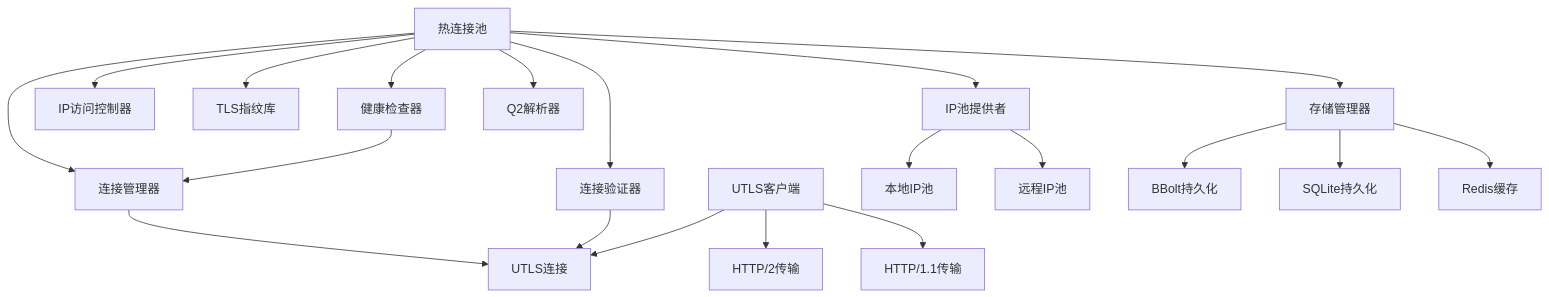
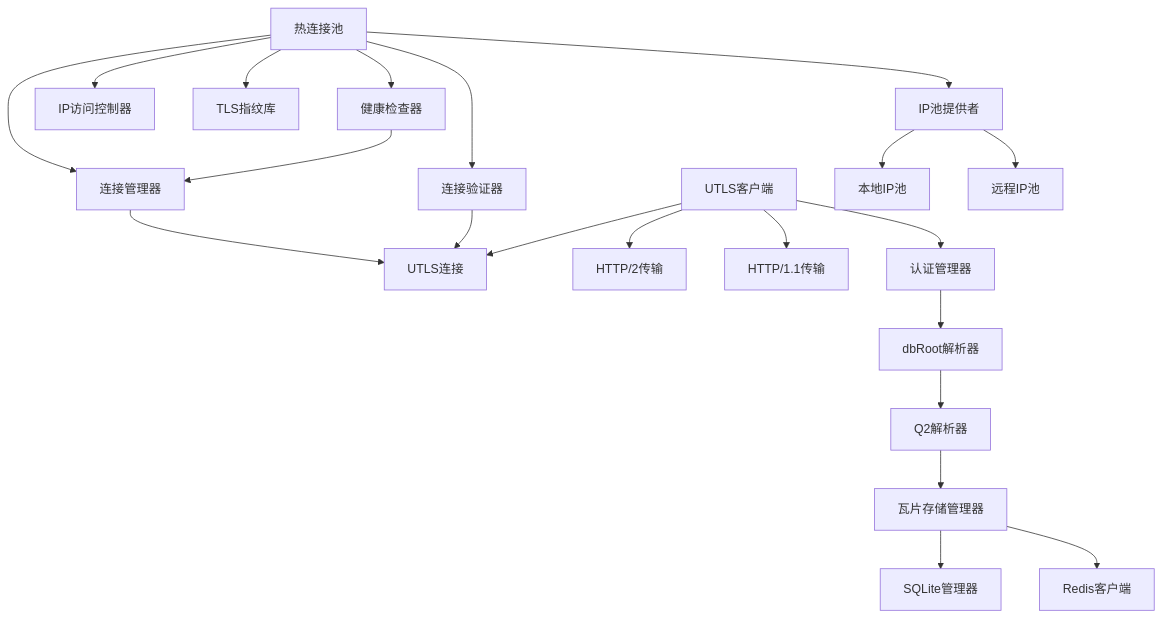
Before and after one commit to vistone/crawler-platform: diagram 11 of 13 in .qoder/repowiki/zh/content/核心功能/核心功能.md, drawn with Mermaid. The commit also changed other lines of this file and 6 other files, not shown here.

````diff
--- a/.qoder/repowiki/zh/content/核心功能/核心功能.md
+++ b/.qoder/repowiki/zh/content/核心功能/核心功能.md
@@ -682,22 +572,23 @@
 ```mermaid
 graph TD
 UTLSHotConnPool[热连接池] --> ConnectionManager[连接管理器]
 UTLSHotConnPool --> HealthChecker[健康检查器]
 UTLSHotConnPool --> ConnectionValidator[连接验证器]
 UTLSHotConnPool --> IPAccessController[IP访问控制器]
 ConnectionManager --> UTLSConnection[UTLS连接]
 HealthChecker --> ConnectionManager
 ConnectionValidator --> UTLSConnection
 UTLSHotConnPool --> Library[TLS指纹库]
 UTLSHotConnPool --> IPPoolProvider[IP池提供者]
 UTLSClient[UTLS客户端] --> UTLSConnection
 UTLSClient --> HTTP2Transport[HTTP/2传输]
 UTLSClient --> HTTP1Transport[HTTP/1.1传输]
 IPPoolProvider --> LocalIPPool[本地IP池]
 IPPoolProvider --> RemoteIPPool[远程IP池]
-UTLSHotConnPool --> Q2Parser[Q2解析器]
-UTLSHotConnPool --> TileStorage[存储管理器]
-TileStorage --> BBolt[BBolt持久化]
-TileStorage --> SQLite[SQLite持久化]
-TileStorage --> Redis[Redis缓存]
+UTLSClient --> Auth[认证管理器]
+Auth --> DbRootParser[dbRoot解析器]
+DbRootParser --> Q2Parser[Q2解析器]
+Q2Parser --> TileStorage[瓦片存储管理器]
+TileStorage --> SQLiteManager[SQLite管理器]
+TileStorage --> RedisClient[Redis客户端]
 ```
````
